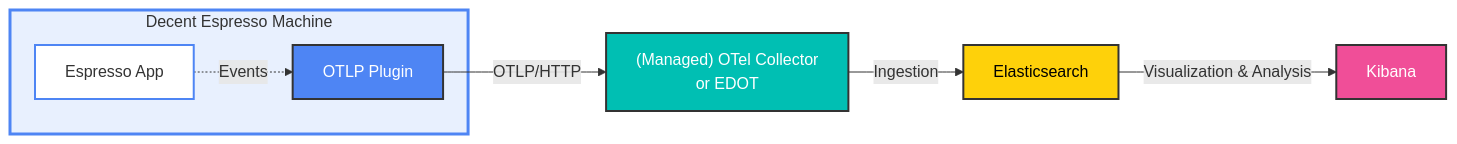
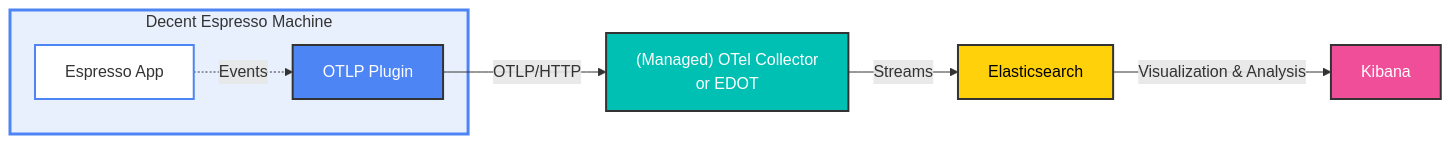
Before and after one commit to xeraa/de1app-otel: the diagram in readme.md, drawn with Mermaid.

Commit message:
Minor docs update

````diff
--- a/readme.md
+++ b/readme.md
@@ -8,19 +8,19 @@
 ```mermaid
 graph LR
     subgraph Machine[Decent Espresso Machine]
         A1[Espresso App]
         A2[OTLP Plugin]
         A1 -.->|Events| A2
     end
 
     A2 -->|OTLP/HTTP| B["(Managed) OTel Collector<br/>or EDOT"]
-    B -->|Ingestion| C[Elasticsearch]
+    B -->|Streams| C[Elasticsearch]
     C -->|Visualization & Analysis| D[Kibana]
 
     style Machine fill:#e8f0fe,stroke:#4e85f4,stroke-width:3px
     style A1 fill:#fff,stroke:#4e85f4,stroke-width:2px
     style A2 fill:#4e85f4,stroke:#333,stroke-width:2px,color:#fff
     style B fill:#00bfb3,stroke:#333,stroke-width:2px,color:#fff
     style C fill:#fed10a,stroke:#333,stroke-width:2px,color:#000
     style D fill:#f04e98,stroke:#333,stroke-width:2px,color:#fff
 ```
````
